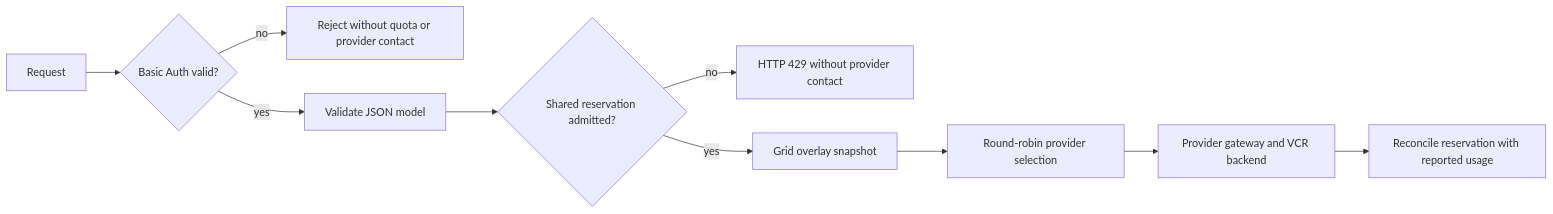
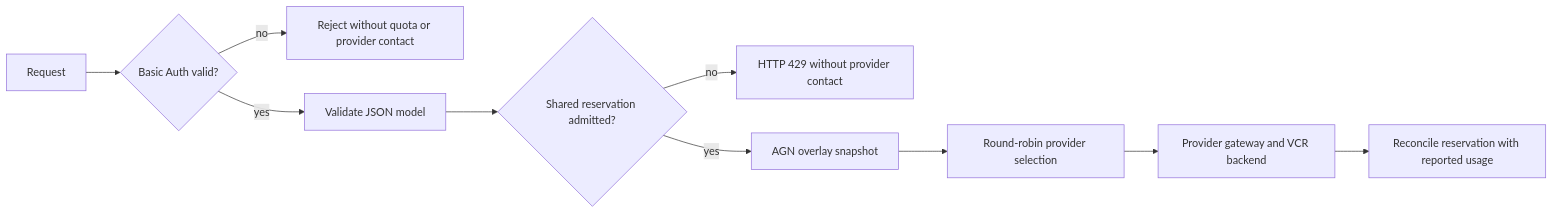
One commit to evacchi/grid changed the second of 2 diagrams in tests/e2e/topologies/grid-token-rate-limit/README.md. Above: the diagram before and after it, drawn with Mermaid. The commit also changed other lines of this file and 44 other files, not shown here.

````diff
--- a/tests/e2e/topologies/grid-token-rate-limit/README.md
+++ b/tests/e2e/topologies/grid-token-rate-limit/README.md
@@ -63,12 +63,12 @@
 ```mermaid
 flowchart LR
     R[Request] --> Auth{Basic Auth valid?}
     Auth -->|no| Unauthorized[Reject without quota or provider contact]
     Auth -->|yes| Model[Validate JSON model]
     Model --> Quota{Shared reservation admitted?}
     Quota -->|no| Limited[HTTP 429 without provider contact]
-    Quota -->|yes| Route[Grid overlay snapshot]
+    Quota -->|yes| Route[AGN overlay snapshot]
     Route --> Pick[Round-robin provider selection]
     Pick --> Provider[Provider gateway and VCR backend]
     Provider --> Settle[Reconcile reservation with reported usage]
 ```
````
